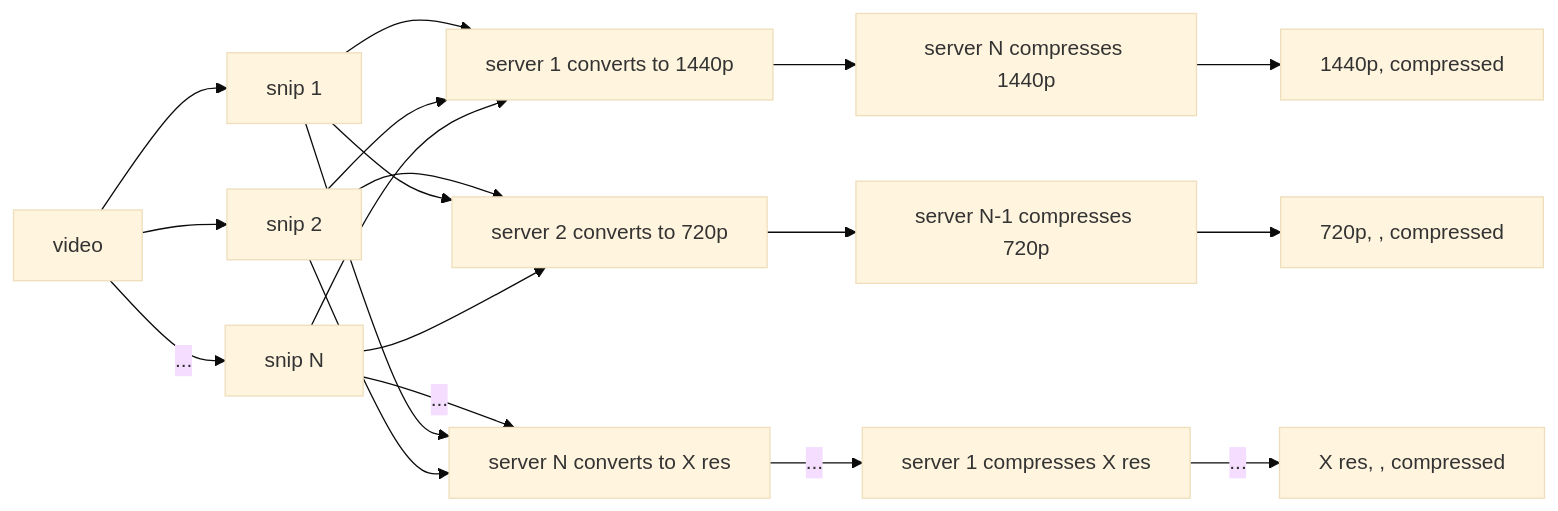
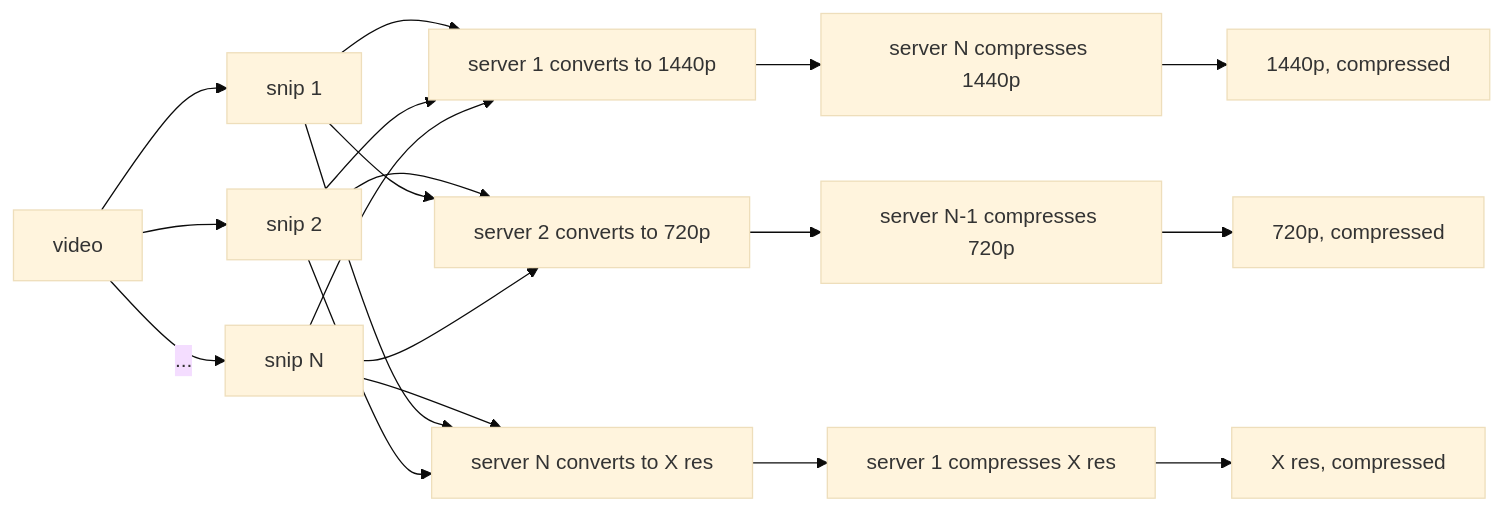
Before and after one commit to brk-a/system-design: the second of 2 diagrams in 0x00-system_design/0-livestreaming_app.md, drawn with Mermaid (base theme). The commit also changed other lines of this file, not shown here.

````diff
--- a/0x00-system_design/0-livestreaming_app.md
+++ b/0x00-system_design/0-livestreaming_app.md
@@ -112,21 +112,21 @@
             ```mermaid
             graph LR
             A[video] --> B[snip 1]
             A --> C[snip 2]
             A --> |...| D[snip N]
             B --> E[server 1 converts to 1440p]
             C --> F[server 2 converts to 720p]
-            D --> |...| G[server N converts to X res]
+            D --> G[server N converts to X res]
             B --> F
             B --> G
             C --> E
             C --> G
             D --> E
             D --> F
             E --> H[server N compresses 1440p]
             F --> I[server N-1 compresses 720p]
-            G --> |...| J[server 1 compresses X res]
+            G --> J[server 1 compresses X res]
             H --> K[1440p, compressed]
-            I --> L[720p, , compressed]
-            J --> |...| M[X res, , compressed]
+            I --> L[720p, compressed]
+            J --> M[X res, compressed]
             ```
````
